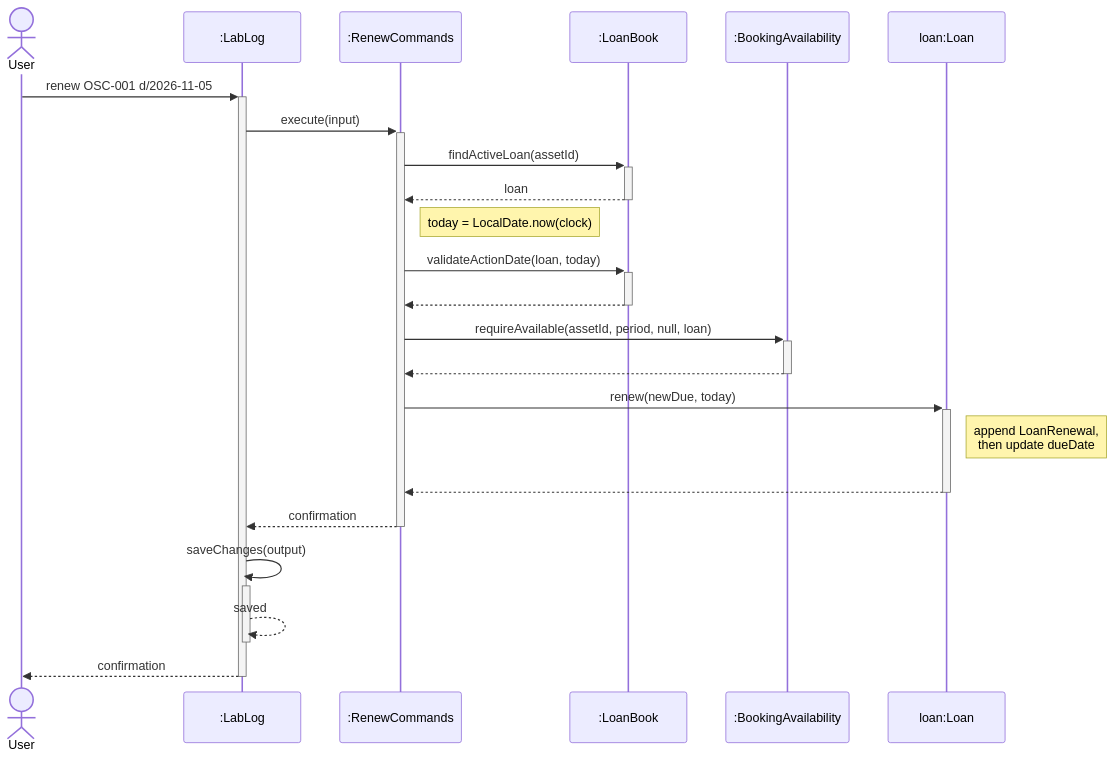
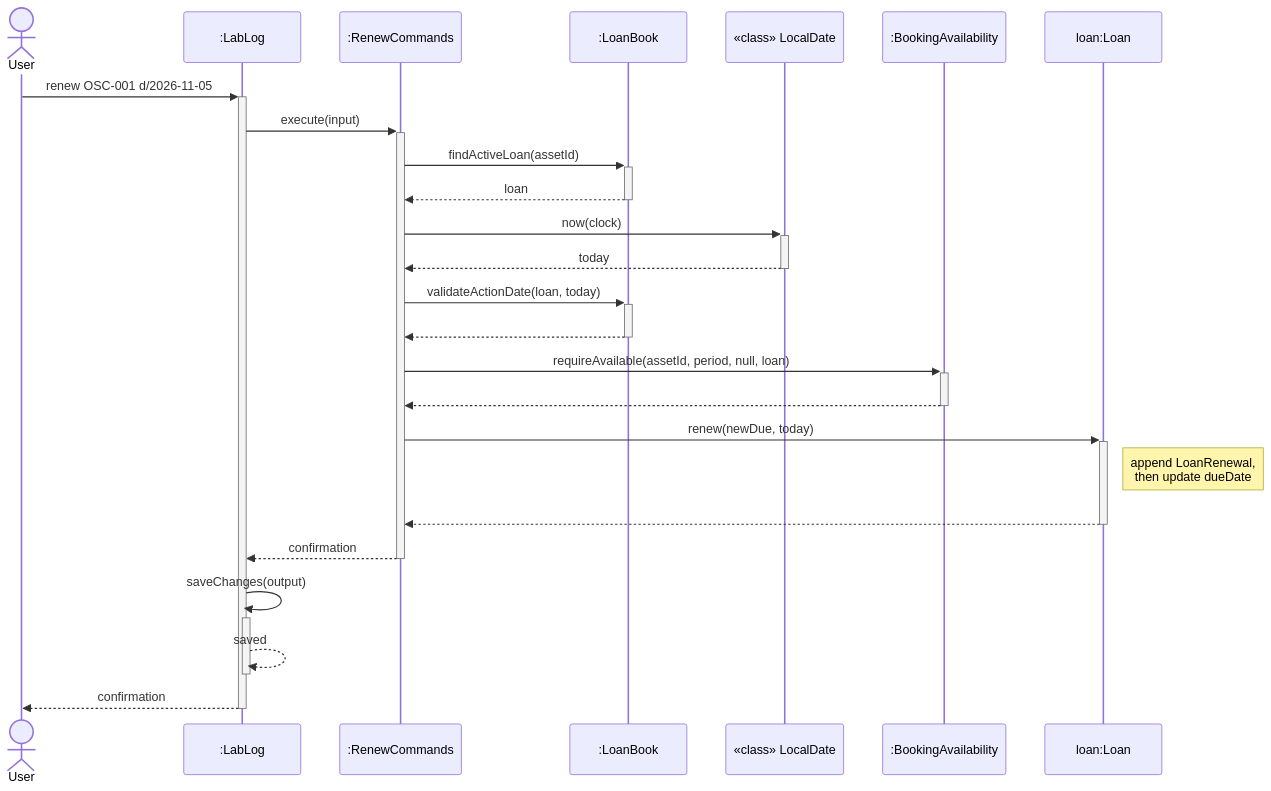
Before and after one commit to AY2627S1-CS2113-W13-3/tp: the eighth of 12 diagrams in docs/DeveloperGuide.md, drawn with Mermaid. The commit also changed other lines of this file, not shown here.

First line of the commit message:
Docs: Align DG diagrams with course UML notation

````diff
--- a/docs/DeveloperGuide.md
+++ b/docs/DeveloperGuide.md
@@ -748,25 +754,27 @@
 ```mermaid
 sequenceDiagram
     actor User
     participant App as :LabLog
     participant Renew as :RenewCommands
     participant Book as :LoanBook
+    participant Date as «class» LocalDate
     participant Policy as :BookingAvailability
     participant Loan as loan:Loan
     User->>+App: renew OSC-001 d/2026-11-05
     App->>+Renew: execute(input)
     Renew->>+Book: findActiveLoan(assetId)
     Book-->>-Renew: loan
-    Note right of Renew: today = LocalDate.now(clock)
+    Renew->>+Date: now(clock)
+    Date-->>-Renew: today
     Renew->>+Book: validateActionDate(loan, today)
     Book-->>-Renew: #nbsp;
     Renew->>+Policy: requireAvailable(assetId, period, null, loan)
     Policy-->>-Renew: #nbsp;
     Renew->>+Loan: renew(newDue, today)
     Note right of Loan: append LoanRenewal,<br/>then update dueDate
     Loan-->>-Renew: #nbsp;
     Renew-->>-App: confirmation
     App->>+App: saveChanges(output)
     App-->>-App: saved
     App-->>-User: confirmation
 ```
````
